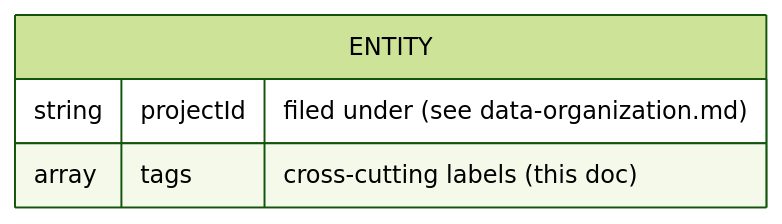
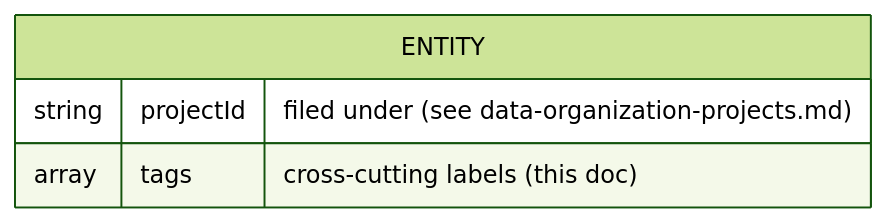
One commit to Gile987/scope changed the first of 3 diagrams in docs/architecture/data-tags.md. Above: the diagram before and after it, drawn with Mermaid (forest theme). The commit also changed other lines of this file and 2 other files, not shown here.

First line of the commit message:
docs: rename to data-organization-projects.md; projects are id-only

````diff
--- a/docs/architecture/data-tags.md
+++ b/docs/architecture/data-tags.md
@@ -63,7 +63,7 @@
 ```mermaid
 erDiagram
     ENTITY {
-        string   projectId "filed under (see data-organization.md)"
+        string   projectId "filed under (see data-organization-projects.md)"
         array    tags "cross-cutting labels (this doc)"
     }
 ```
````
